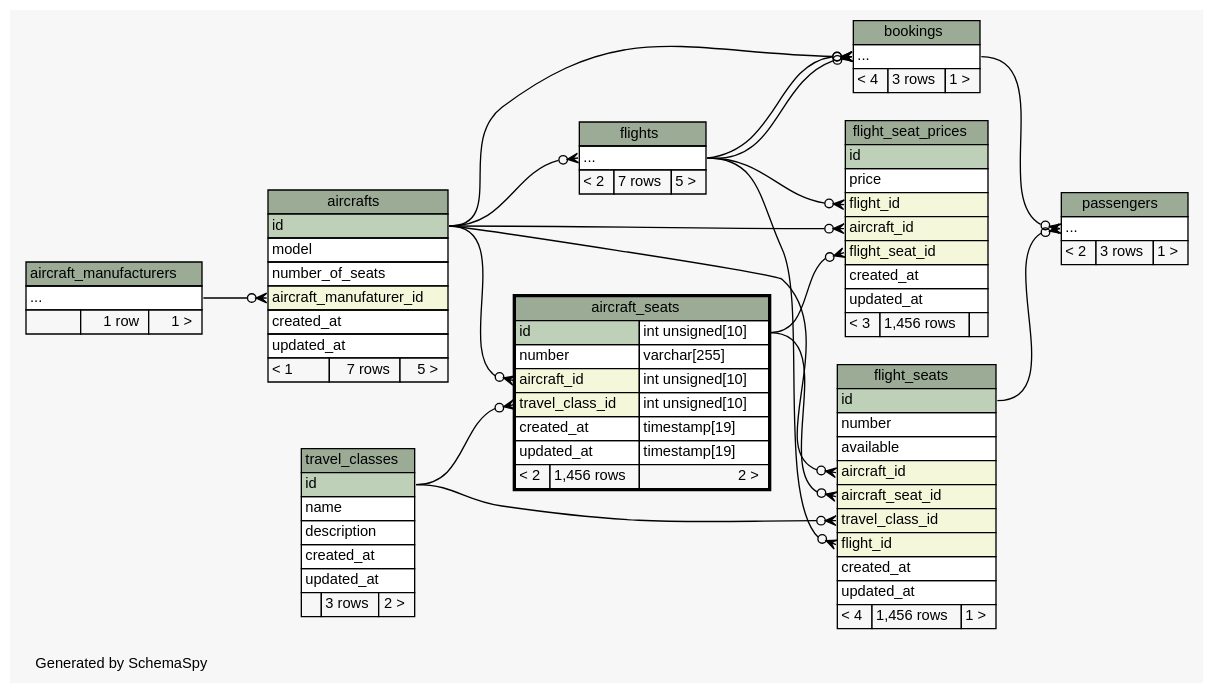
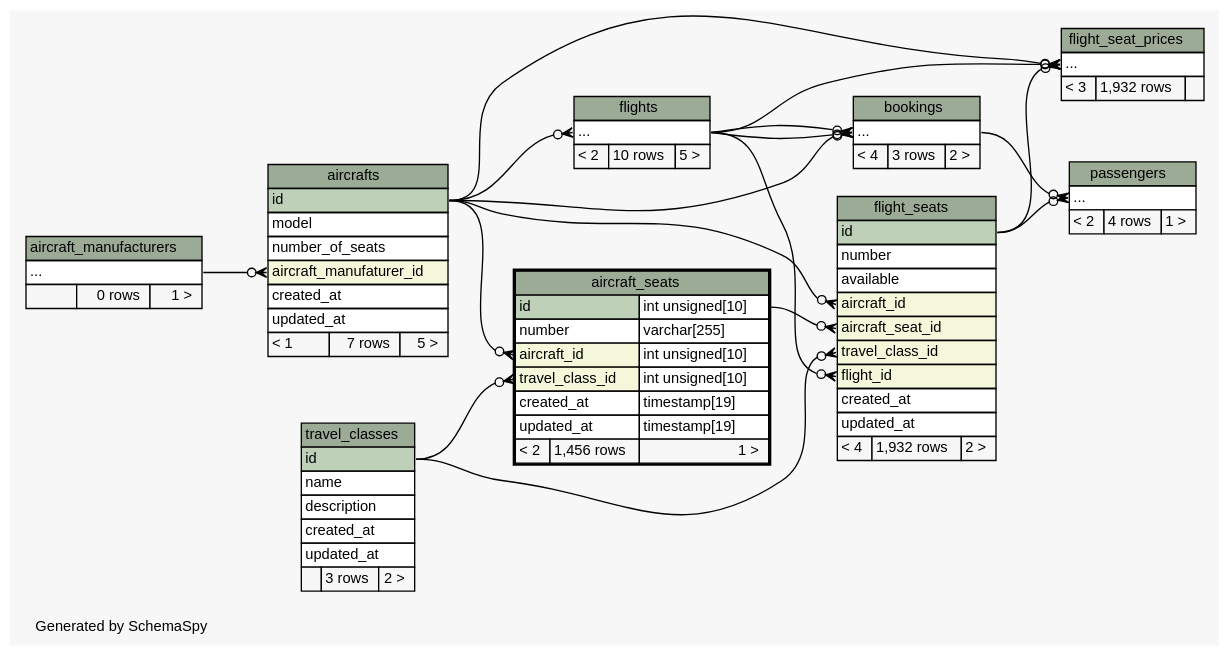
Before and after one commit to joaonzangoII/flightbookingsystem: the diagram in web/app/database/schema/diagrams/aircraft_seats.2degrees.dot, drawn with Graphviz. The commit also changed 441 other files, not shown here.

```diff
--- a/web/app/database/schema/diagrams/aircraft_seats.2degrees.dot
+++ b/web/app/database/schema/diagrams/aircraft_seats.2degrees.dot
@@ -1,156 +1,150 @@
-// dot 2.38.0 on Linux 4.8.0-49-generic
+// dot 2.38.0 on Linux 4.10.0-21-generic
 // SchemaSpy rev 590
 digraph "twoDegreesRelationshipsDiagram" {
   graph [
     rankdir="RL"
     bgcolor="#f7f7f7"
     label="\nGenerated by SchemaSpy"
     labeljust="l"
     nodesep="0.18"
     ranksep="0.46"
     fontname="Helvetica"
     fontsize="11"
   ];
   node [
     fontname="Helvetica"
     fontsize="11"
     shape="plaintext"
   ];
   edge [
     arrowsize="0.8"
   ];
   "aircraft_seats":"aircraft_id":w -> "aircrafts":"id":e [arrowhead=none dir=back arrowtail=crowodot];
   "aircraft_seats":"travel_class_id":w -> "travel_classes":"id":e [arrowhead=none dir=back arrowtail=crowodot];
   "aircrafts":"aircraft_manufaturer_id":w -> "aircraft_manufacturers":"elipses":e [arrowhead=none dir=back arrowtail=crowodot];
   "bookings":"elipses":w -> "aircrafts":"id":e [arrowhead=none dir=back arrowtail=crowodot];
   "bookings":"elipses":w -> "flights":"elipses":e [arrowhead=none dir=back arrowtail=crowodot];
   "bookings":"elipses":w -> "flights":"elipses":e [arrowhead=none dir=back arrowtail=crowodot];
-  "flight_seat_prices":"aircraft_id":w -> "aircrafts":"id":e [arrowhead=none dir=back arrowtail=crowodot];
-  "flight_seat_prices":"flight_id":w -> "flights":"elipses":e [arrowhead=none dir=back arrowtail=crowodot];
-  "flight_seat_prices":"flight_seat_id":w -> "aircraft_seats":"id.type":e [arrowhead=none dir=back arrowtail=crowodot];
+  "flight_seat_prices":"elipses":w -> "aircrafts":"id":e [arrowhead=none dir=back arrowtail=crowodot];
+  "flight_seat_prices":"elipses":w -> "flights":"elipses":e [arrowhead=none dir=back arrowtail=crowodot];
+  "flight_seat_prices":"elipses":w -> "flight_seats":"id":e [arrowhead=none dir=back arrowtail=crowodot];
   "flight_seats":"aircraft_id":w -> "aircrafts":"id":e [arrowhead=none dir=back arrowtail=crowodot];
   "flight_seats":"aircraft_seat_id":w -> "aircraft_seats":"id.type":e [arrowhead=none dir=back arrowtail=crowodot];
   "flight_seats":"flight_id":w -> "flights":"elipses":e [arrowhead=none dir=back arrowtail=crowodot];
   "flight_seats":"travel_class_id":w -> "travel_classes":"id":e [arrowhead=none dir=back arrowtail=crowodot];
   "flights":"elipses":w -> "aircrafts":"id":e [arrowhead=none dir=back arrowtail=crowodot];
   "passengers":"elipses":w -> "bookings":"elipses":e [arrowhead=none dir=back arrowtail=crowodot];
   "passengers":"elipses":w -> "flight_seats":"id":e [arrowhead=none dir=back arrowtail=crowodot];
   "aircraft_manufacturers" [
     label=<
     <TABLE BORDER="0" CELLBORDER="1" CELLSPACING="0" BGCOLOR="#ffffff">
       <TR><TD COLSPAN="3" BGCOLOR="#9bab96" ALIGN="CENTER">aircraft_manufacturers</TD></TR>
       <TR><TD PORT="elipses" COLSPAN="3" ALIGN="LEFT">...</TD></TR>
-      <TR><TD ALIGN="LEFT" BGCOLOR="#f7f7f7">  </TD><TD ALIGN="RIGHT" BGCOLOR="#f7f7f7">1 row</TD><TD ALIGN="RIGHT" BGCOLOR="#f7f7f7">1 &gt;</TD></TR>
+      <TR><TD ALIGN="LEFT" BGCOLOR="#f7f7f7">  </TD><TD ALIGN="RIGHT" BGCOLOR="#f7f7f7">0 rows</TD><TD ALIGN="RIGHT" BGCOLOR="#f7f7f7">1 &gt;</TD></TR>
     </TABLE>>
     URL="aircraft_manufacturers.html"
     tooltip="aircraft_manufacturers"
   ];
   "aircraft_seats" [
     label=<
     <TABLE BORDER="2" CELLBORDER="1" CELLSPACING="0" BGCOLOR="#ffffff">
       <TR><TD COLSPAN="3" BGCOLOR="#9bab96" ALIGN="CENTER">aircraft_seats</TD></TR>
       <TR><TD PORT="id" COLSPAN="2" BGCOLOR="#bed1b8" ALIGN="LEFT">id</TD><TD PORT="id.type" ALIGN="LEFT">int unsigned[10]</TD></TR>
       <TR><TD PORT="number" COLSPAN="2" ALIGN="LEFT">number</TD><TD PORT="number.type" ALIGN="LEFT">varchar[255]</TD></TR>
       <TR><TD PORT="aircraft_id" COLSPAN="2" BGCOLOR="#f4f7da" ALIGN="LEFT">aircraft_id</TD><TD PORT="aircraft_id.type" ALIGN="LEFT">int unsigned[10]</TD></TR>
       <TR><TD PORT="travel_class_id" COLSPAN="2" BGCOLOR="#f4f7da" ALIGN="LEFT">travel_class_id</TD><TD PORT="travel_class_id.type" ALIGN="LEFT">int unsigned[10]</TD></TR>
       <TR><TD PORT="created_at" COLSPAN="2" ALIGN="LEFT">created_at</TD><TD PORT="created_at.type" ALIGN="LEFT">timestamp[19]</TD></TR>
       <TR><TD PORT="updated_at" COLSPAN="2" ALIGN="LEFT">updated_at</TD><TD PORT="updated_at.type" ALIGN="LEFT">timestamp[19]</TD></TR>
-      <TR><TD ALIGN="LEFT" BGCOLOR="#f7f7f7">&lt; 2</TD><TD ALIGN="RIGHT" BGCOLOR="#f7f7f7">1,456 rows</TD><TD ALIGN="RIGHT" BGCOLOR="#f7f7f7">2 &gt;</TD></TR>
+      <TR><TD ALIGN="LEFT" BGCOLOR="#f7f7f7">&lt; 2</TD><TD ALIGN="RIGHT" BGCOLOR="#f7f7f7">1,456 rows</TD><TD ALIGN="RIGHT" BGCOLOR="#f7f7f7">1 &gt;</TD></TR>
     </TABLE>>
     URL="aircraft_seats.html"
     tooltip="aircraft_seats"
   ];
   "aircrafts" [
     label=<
     <TABLE BORDER="0" CELLBORDER="1" CELLSPACING="0" BGCOLOR="#ffffff">
       <TR><TD COLSPAN="3" BGCOLOR="#9bab96" ALIGN="CENTER">aircrafts</TD></TR>
       <TR><TD PORT="id" COLSPAN="3" BGCOLOR="#bed1b8" ALIGN="LEFT">id</TD></TR>
       <TR><TD PORT="model" COLSPAN="3" ALIGN="LEFT">model</TD></TR>
       <TR><TD PORT="number_of_seats" COLSPAN="3" ALIGN="LEFT">number_of_seats</TD></TR>
       <TR><TD PORT="aircraft_manufaturer_id" COLSPAN="3" BGCOLOR="#f4f7da" ALIGN="LEFT">aircraft_manufaturer_id</TD></TR>
       <TR><TD PORT="created_at" COLSPAN="3" ALIGN="LEFT">created_at</TD></TR>
       <TR><TD PORT="updated_at" COLSPAN="3" ALIGN="LEFT">updated_at</TD></TR>
       <TR><TD ALIGN="LEFT" BGCOLOR="#f7f7f7">&lt; 1</TD><TD ALIGN="RIGHT" BGCOLOR="#f7f7f7">7 rows</TD><TD ALIGN="RIGHT" BGCOLOR="#f7f7f7">5 &gt;</TD></TR>
     </TABLE>>
     URL="aircrafts.html"
     tooltip="aircrafts"
   ];
   "bookings" [
     label=<
     <TABLE BORDER="0" CELLBORDER="1" CELLSPACING="0" BGCOLOR="#ffffff">
       <TR><TD COLSPAN="3" BGCOLOR="#9bab96" ALIGN="CENTER">bookings</TD></TR>
       <TR><TD PORT="elipses" COLSPAN="3" ALIGN="LEFT">...</TD></TR>
-      <TR><TD ALIGN="LEFT" BGCOLOR="#f7f7f7">&lt; 4</TD><TD ALIGN="RIGHT" BGCOLOR="#f7f7f7">3 rows</TD><TD ALIGN="RIGHT" BGCOLOR="#f7f7f7">1 &gt;</TD></TR>
+      <TR><TD ALIGN="LEFT" BGCOLOR="#f7f7f7">&lt; 4</TD><TD ALIGN="RIGHT" BGCOLOR="#f7f7f7">3 rows</TD><TD ALIGN="RIGHT" BGCOLOR="#f7f7f7">2 &gt;</TD></TR>
     </TABLE>>
     URL="bookings.html"
     tooltip="bookings"
   ];
   "flight_seat_prices" [
     label=<
     <TABLE BORDER="0" CELLBORDER="1" CELLSPACING="0" BGCOLOR="#ffffff">
       <TR><TD COLSPAN="3" BGCOLOR="#9bab96" ALIGN="CENTER">flight_seat_prices</TD></TR>
-      <TR><TD PORT="id" COLSPAN="3" BGCOLOR="#bed1b8" ALIGN="LEFT">id</TD></TR>
-      <TR><TD PORT="price" COLSPAN="3" ALIGN="LEFT">price</TD></TR>
-      <TR><TD PORT="flight_id" COLSPAN="3" BGCOLOR="#f4f7da" ALIGN="LEFT">flight_id</TD></TR>
-      <TR><TD PORT="aircraft_id" COLSPAN="3" BGCOLOR="#f4f7da" ALIGN="LEFT">aircraft_id</TD></TR>
-      <TR><TD PORT="flight_seat_id" COLSPAN="3" BGCOLOR="#f4f7da" ALIGN="LEFT">flight_seat_id</TD></TR>
-      <TR><TD PORT="created_at" COLSPAN="3" ALIGN="LEFT">created_at</TD></TR>
-      <TR><TD PORT="updated_at" COLSPAN="3" ALIGN="LEFT">updated_at</TD></TR>
-      <TR><TD ALIGN="LEFT" BGCOLOR="#f7f7f7">&lt; 3</TD><TD ALIGN="RIGHT" BGCOLOR="#f7f7f7">1,456 rows</TD><TD ALIGN="RIGHT" BGCOLOR="#f7f7f7">  </TD></TR>
+      <TR><TD PORT="elipses" COLSPAN="3" ALIGN="LEFT">...</TD></TR>
+      <TR><TD ALIGN="LEFT" BGCOLOR="#f7f7f7">&lt; 3</TD><TD ALIGN="RIGHT" BGCOLOR="#f7f7f7">1,932 rows</TD><TD ALIGN="RIGHT" BGCOLOR="#f7f7f7">  </TD></TR>
     </TABLE>>
     URL="flight_seat_prices.html"
     tooltip="flight_seat_prices"
   ];
   "flight_seats" [
     label=<
     <TABLE BORDER="0" CELLBORDER="1" CELLSPACING="0" BGCOLOR="#ffffff">
       <TR><TD COLSPAN="3" BGCOLOR="#9bab96" ALIGN="CENTER">flight_seats</TD></TR>
       <TR><TD PORT="id" COLSPAN="3" BGCOLOR="#bed1b8" ALIGN="LEFT">id</TD></TR>
       <TR><TD PORT="number" COLSPAN="3" ALIGN="LEFT">number</TD></TR>
       <TR><TD PORT="available" COLSPAN="3" ALIGN="LEFT">available</TD></TR>
       <TR><TD PORT="aircraft_id" COLSPAN="3" BGCOLOR="#f4f7da" ALIGN="LEFT">aircraft_id</TD></TR>
       <TR><TD PORT="aircraft_seat_id" COLSPAN="3" BGCOLOR="#f4f7da" ALIGN="LEFT">aircraft_seat_id</TD></TR>
       <TR><TD PORT="travel_class_id" COLSPAN="3" BGCOLOR="#f4f7da" ALIGN="LEFT">travel_class_id</TD></TR>
       <TR><TD PORT="flight_id" COLSPAN="3" BGCOLOR="#f4f7da" ALIGN="LEFT">flight_id</TD></TR>
       <TR><TD PORT="created_at" COLSPAN="3" ALIGN="LEFT">created_at</TD></TR>
       <TR><TD PORT="updated_at" COLSPAN="3" ALIGN="LEFT">updated_at</TD></TR>
-      <TR><TD ALIGN="LEFT" BGCOLOR="#f7f7f7">&lt; 4</TD><TD ALIGN="RIGHT" BGCOLOR="#f7f7f7">1,456 rows</TD><TD ALIGN="RIGHT" BGCOLOR="#f7f7f7">1 &gt;</TD></TR>
+      <TR><TD ALIGN="LEFT" BGCOLOR="#f7f7f7">&lt; 4</TD><TD ALIGN="RIGHT" BGCOLOR="#f7f7f7">1,932 rows</TD><TD ALIGN="RIGHT" BGCOLOR="#f7f7f7">2 &gt;</TD></TR>
     </TABLE>>
     URL="flight_seats.html"
     tooltip="flight_seats"
   ];
   "flights" [
     label=<
     <TABLE BORDER="0" CELLBORDER="1" CELLSPACING="0" BGCOLOR="#ffffff">
       <TR><TD COLSPAN="3" BGCOLOR="#9bab96" ALIGN="CENTER">flights</TD></TR>
       <TR><TD PORT="elipses" COLSPAN="3" ALIGN="LEFT">...</TD></TR>
-      <TR><TD ALIGN="LEFT" BGCOLOR="#f7f7f7">&lt; 2</TD><TD ALIGN="RIGHT" BGCOLOR="#f7f7f7">7 rows</TD><TD ALIGN="RIGHT" BGCOLOR="#f7f7f7">5 &gt;</TD></TR>
+      <TR><TD ALIGN="LEFT" BGCOLOR="#f7f7f7">&lt; 2</TD><TD ALIGN="RIGHT" BGCOLOR="#f7f7f7">10 rows</TD><TD ALIGN="RIGHT" BGCOLOR="#f7f7f7">5 &gt;</TD></TR>
     </TABLE>>
     URL="flights.html"
     tooltip="flights"
   ];
   "passengers" [
     label=<
     <TABLE BORDER="0" CELLBORDER="1" CELLSPACING="0" BGCOLOR="#ffffff">
       <TR><TD COLSPAN="3" BGCOLOR="#9bab96" ALIGN="CENTER">passengers</TD></TR>
       <TR><TD PORT="elipses" COLSPAN="3" ALIGN="LEFT">...</TD></TR>
-      <TR><TD ALIGN="LEFT" BGCOLOR="#f7f7f7">&lt; 2</TD><TD ALIGN="RIGHT" BGCOLOR="#f7f7f7">3 rows</TD><TD ALIGN="RIGHT" BGCOLOR="#f7f7f7">1 &gt;</TD></TR>
+      <TR><TD ALIGN="LEFT" BGCOLOR="#f7f7f7">&lt; 2</TD><TD ALIGN="RIGHT" BGCOLOR="#f7f7f7">4 rows</TD><TD ALIGN="RIGHT" BGCOLOR="#f7f7f7">1 &gt;</TD></TR>
     </TABLE>>
     URL="passengers.html"
     tooltip="passengers"
   ];
   "travel_classes" [
     label=<
     <TABLE BORDER="0" CELLBORDER="1" CELLSPACING="0" BGCOLOR="#ffffff">
       <TR><TD COLSPAN="3" BGCOLOR="#9bab96" ALIGN="CENTER">travel_classes</TD></TR>
       <TR><TD PORT="id" COLSPAN="3" BGCOLOR="#bed1b8" ALIGN="LEFT">id</TD></TR>
       <TR><TD PORT="name" COLSPAN="3" ALIGN="LEFT">name</TD></TR>
       <TR><TD PORT="description" COLSPAN="3" ALIGN="LEFT">description</TD></TR>
       <TR><TD PORT="created_at" COLSPAN="3" ALIGN="LEFT">created_at</TD></TR>
       <TR><TD PORT="updated_at" COLSPAN="3" ALIGN="LEFT">updated_at</TD></TR>
       <TR><TD ALIGN="LEFT" BGCOLOR="#f7f7f7">  </TD><TD ALIGN="RIGHT" BGCOLOR="#f7f7f7">3 rows</TD><TD ALIGN="RIGHT" BGCOLOR="#f7f7f7">2 &gt;</TD></TR>
     </TABLE>>
     URL="travel_classes.html"
     tooltip="travel_classes"
   ];
 }
```
